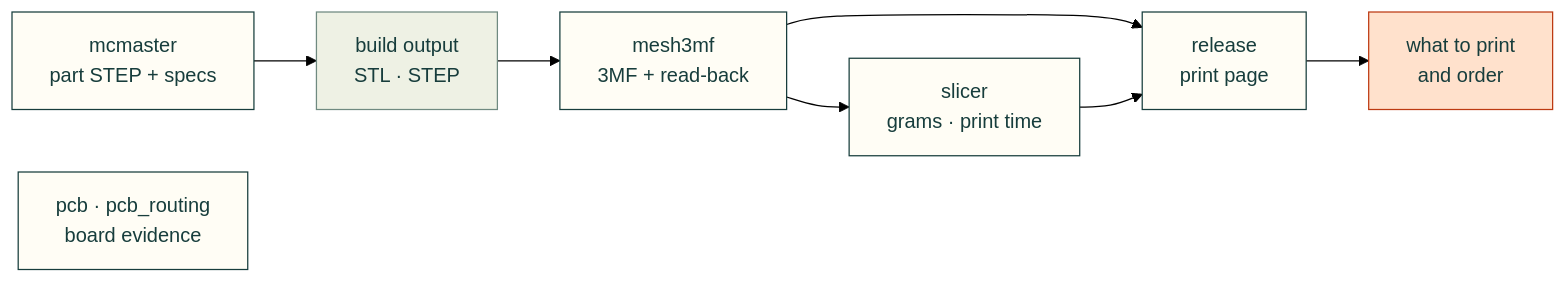
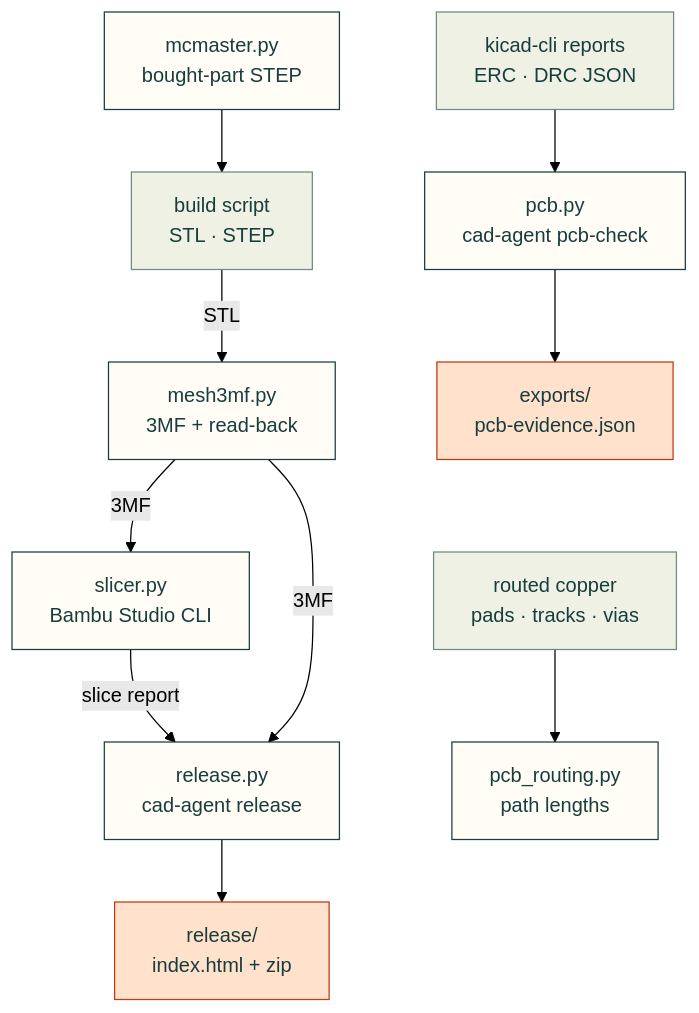
Before and after one commit to Valpatel/cad-agent: the diagram in src/cadagent/make/README.md, drawn with Mermaid (forest theme). The commit also changed other lines of this file and 4 other files, not shown here.

First line of the commit message:
Package READMEs: diagrams top-down, arrows from the code

````diff
--- a/src/cadagent/make/README.md
+++ b/src/cadagent/make/README.md
@@ -6,15 +9,19 @@
 ```mermaid
-flowchart LR
-    B["build output<br/>STL · STEP"] --> M3["mesh3mf<br/>3MF + read-back"]
-    M3 --> SL["slicer<br/>grams · print time"]
-    M3 & SL --> REL["release<br/>print page"]
-    MC["mcmaster<br/>part STEP + specs"] --> B
-    PCB["pcb · pcb_routing<br/>board evidence"]
-    REL --> O["what to print<br/>and order"]
+flowchart TD
+    MC["mcmaster.py<br/>bought-part STEP"] --> B["build script<br/>STL · STEP"]
+    B -->|"STL"| M3["mesh3mf.py<br/>3MF + read-back"]
+    M3 -->|"3MF"| SL["slicer.py<br/>Bambu Studio CLI"]
+    SL -->|"slice report"| REL["release.py<br/>cad-agent release"]
+    M3 -->|"3MF"| REL
+    REL --> O["release/<br/>index.html + zip"]
+    K["kicad-cli reports<br/>ERC · DRC JSON"] --> PCB["pcb.py<br/>cad-agent pcb-check"]
+    PCB --> PE["exports/<br/>pcb-evidence.json"]
+    PE ~~~ CU["routed copper<br/>pads · tracks · vias"]
+    CU --> PR["pcb_routing.py<br/>path lengths"]
     classDef here fill:#fffdf5,stroke:#173d3c,color:#173d3c
     classDef near fill:#eef1e4,stroke:#6f8a80,color:#173d3c
     classDef out fill:#ffe1cc,stroke:#bd3a12,color:#173d3c
-    class M3,SL,REL,MC,PCB here
-    class B near
-    class O out
+    class MC,M3,SL,REL,PCB,PR here
+    class B,K,CU near
+    class O,PE out
 ```
````
